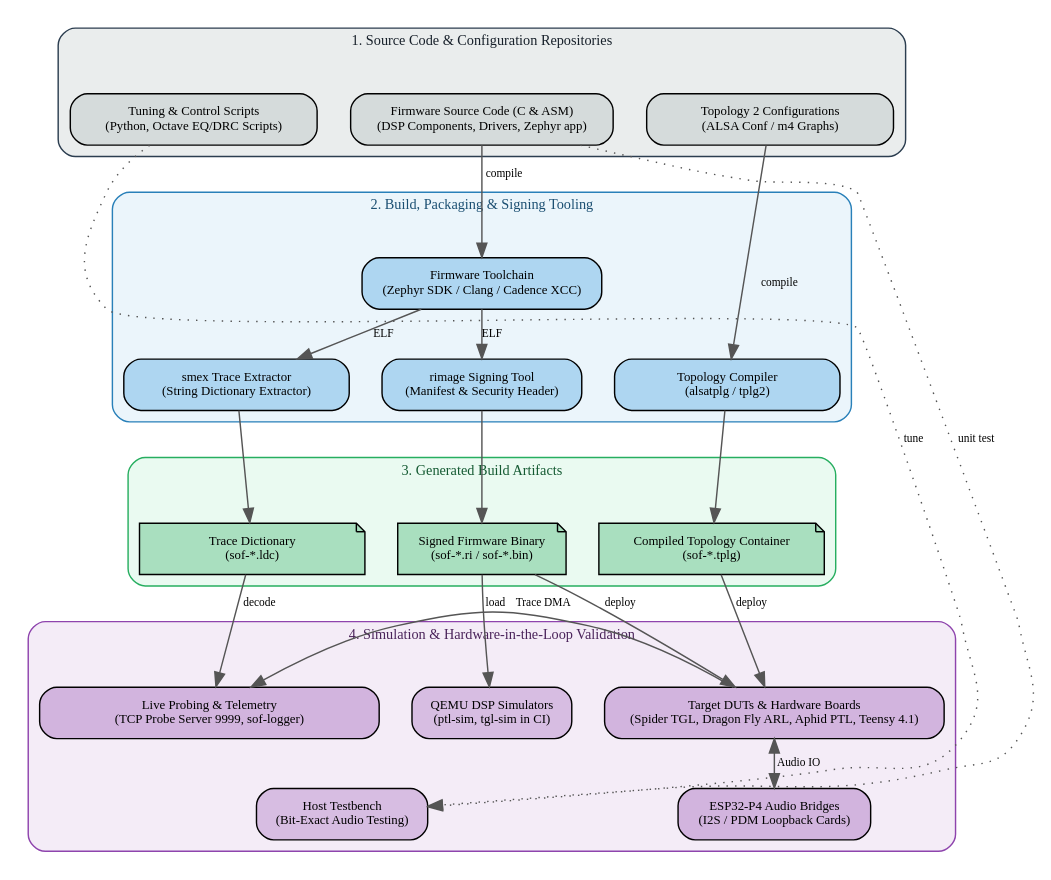
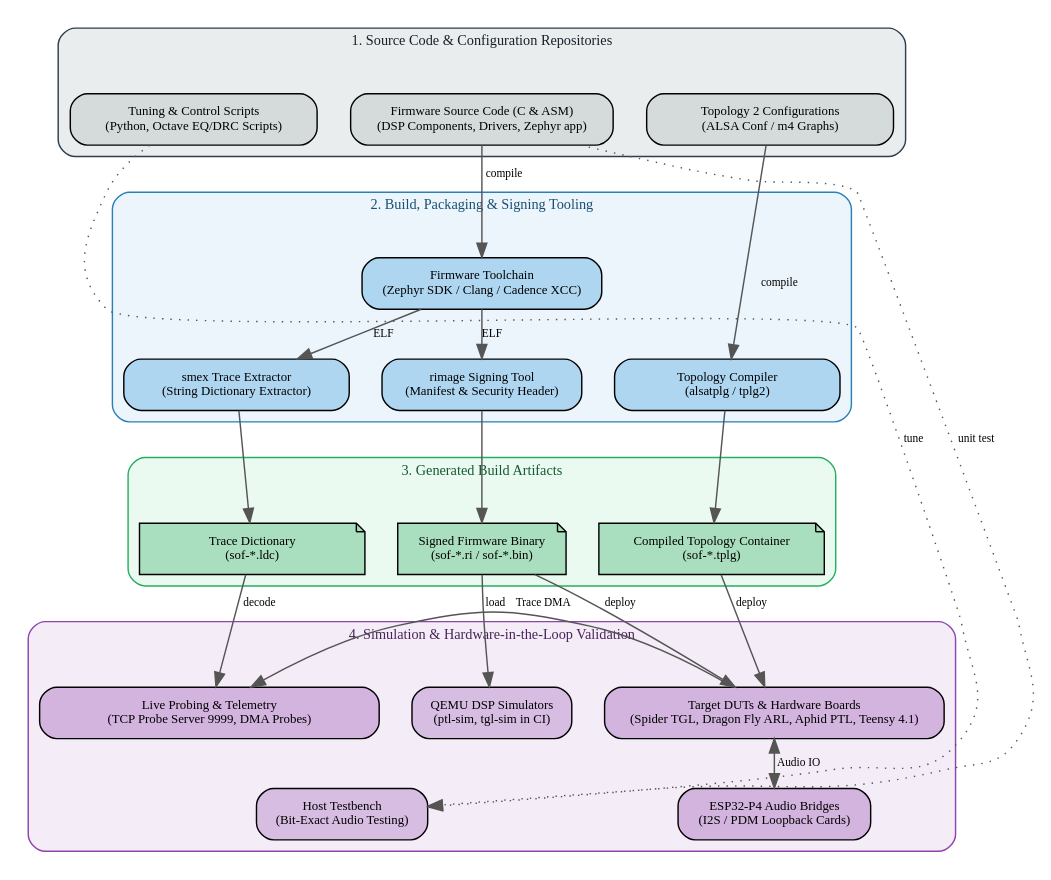
One commit to thesofproject/sof-docs changed the diagram in getting_started/index.rst. Above: the diagram before and after it, drawn with Graphviz. The commit also changed other lines of this file and 7 other files, not shown here.

First line of the commit message:
doc: remove obsolete sof-logger documentation and references

```diff
--- a/getting_started/index.rst
+++ b/getting_started/index.rst
@@ -91,7 +91,7 @@
            fontsize = 10;
            fontcolor = "#4a235a";
 
-           runtime_diag [label="Live Probing & Telemetry\n(TCP Probe Server 9999, sof-logger)", width=3.3, fixedsize=shape, fillcolor="#d2b4de"];
+           runtime_diag [label="Live Probing & Telemetry\n(TCP Probe Server 9999, DMA Probes)", width=3.3, fixedsize=shape, fillcolor="#d2b4de"];
            sim_qemu [label="QEMU DSP Simulators\n(ptl-sim, tgl-sim in CI)", fillcolor="#d7bde2"];
            dut_boards [label="Target DUTs & Hardware Boards\n(Spider TGL, Dragon Fly ARL, Aphid PTL, Teensy 4.1)", width=3.3, fixedsize=shape, fillcolor="#d2b4de"];
 
```
